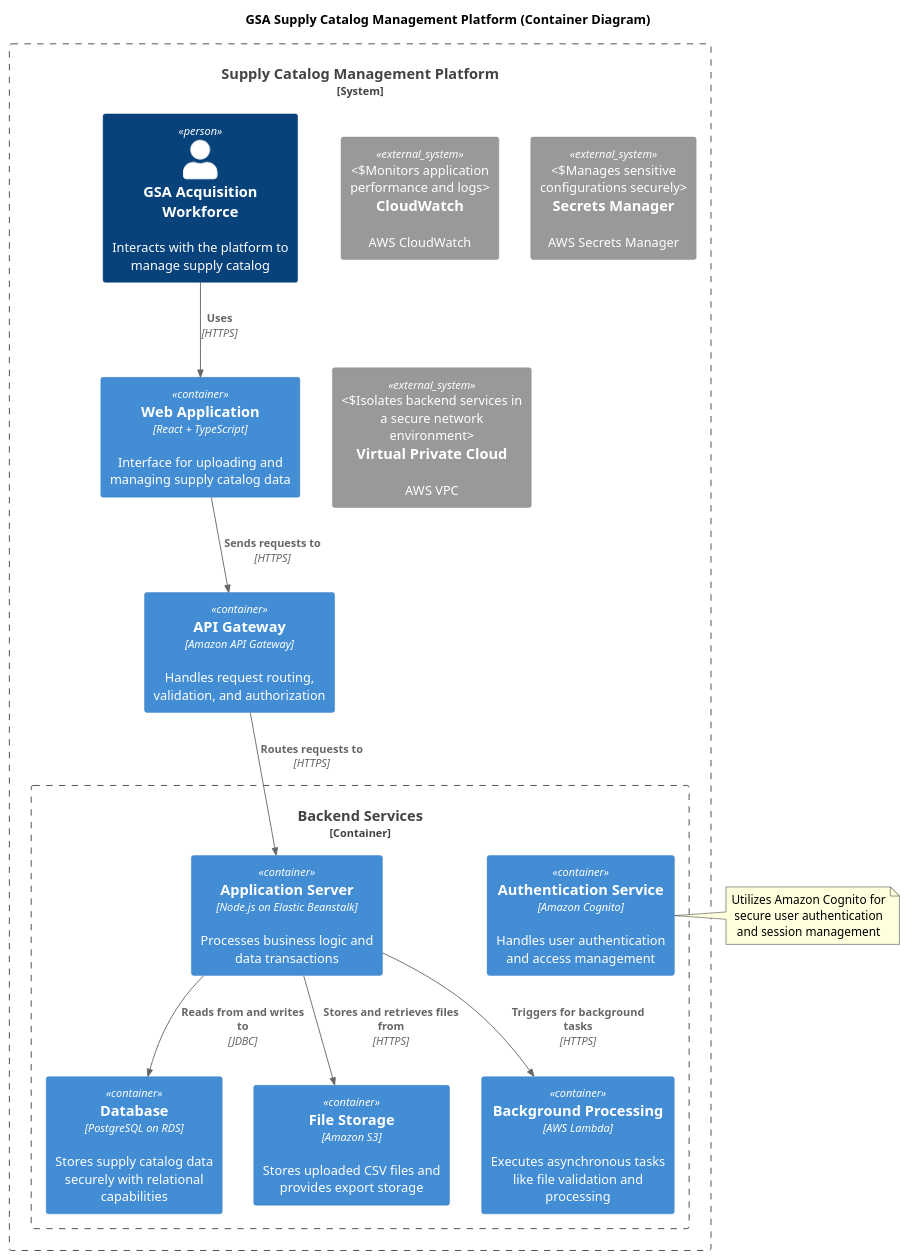
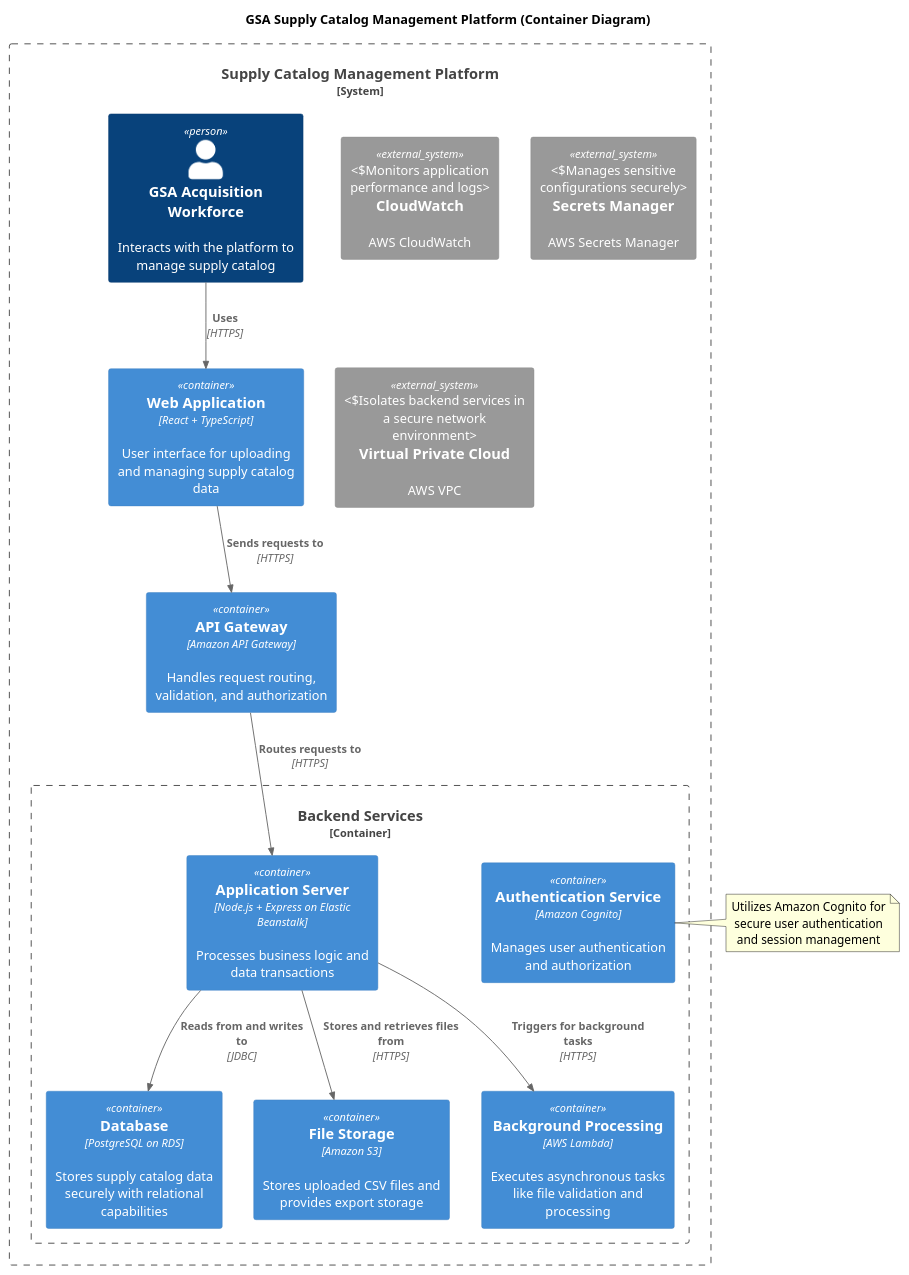
One commit to AathreyaG/reactai-starter changed the diagram in solution.md. Above: the diagram before and after it, drawn with PlantUML. The commit also changed other lines of this file, not shown here.

````diff
--- a/solution.md
+++ b/solution.md
@@ -1,51 +3,49 @@
-```plantuml
 @startuml
 !includeurl https://raw.githubusercontent.com/plantuml-stdlib/C4-PlantUML/master/C4_Container.puml
 
 ' Title
 title GSA Supply Catalog Management Platform (Container Diagram)
 
 ' Define the system
 System_Boundary(GSA_Boundary, "Supply Catalog Management Platform") {
 
     ' Users
     Person(user, "GSA Acquisition Workforce", "Interacts with the platform to manage supply catalog")
 
     ' Frontend Application
-    Container(webApp, "Web Application", "React + TypeScript", "Interface for uploading and managing supply catalog data")
+    Container(webApp, "Web Application", "React + TypeScript", "User interface for uploading and managing supply catalog data")
 
     ' API Gateway
     Container(apiGateway, "API Gateway", "Amazon API Gateway", "Handles request routing, validation, and authorization")
 
     ' Core Backend Services
     Container_Boundary(Backend, "Backend Services") {
-        Container(appNode, "Application Server", "Node.js on Elastic Beanstalk", "Processes business logic and data transactions")
-        Container(authService, "Authentication Service", "Amazon Cognito", "Handles user authentication and access management")
+        Container(appNode, "Application Server", "Node.js + Express on Elastic Beanstalk", "Processes business logic and data transactions")
+        Container(authService, "Authentication Service", "Amazon Cognito", "Manages user authentication and authorization")
         Container(database, "Database", "PostgreSQL on RDS", "Stores supply catalog data securely with relational capabilities")
         Container(fileStorage, "File Storage", "Amazon S3", "Stores uploaded CSV files and provides export storage")
         Container(lambda, "Background Processing", "AWS Lambda", "Executes asynchronous tasks like file validation and processing")
     }
 
     ' Monitoring and Security
     System_Ext(cloudwatch, "CloudWatch", "AWS CloudWatch", "Monitors application performance and logs")
     System_Ext(secretsManager, "Secrets Manager", "AWS Secrets Manager", "Manages sensitive configurations securely")
     System_Ext(vpc, "Virtual Private Cloud", "AWS VPC", "Isolates backend services in a secure network environment")
 
     ' Relationships and Flows
     Rel(user, webApp, "Uses", "HTTPS")
     Rel(webApp, apiGateway, "Sends requests to", "HTTPS")
     Rel(apiGateway, appNode, "Routes requests to", "HTTPS")
     Rel(appNode, database, "Reads from and writes to", "JDBC")
     Rel(appNode, fileStorage, "Stores and retrieves files from", "HTTPS")
     Rel(appNode, lambda, "Triggers for background tasks", "HTTPS")
 }
 
 ' Notes
 note right of authService
 Utilizes Amazon Cognito for
 secure user authentication
 and session management
 end note
 
 @enduml
-```
````
